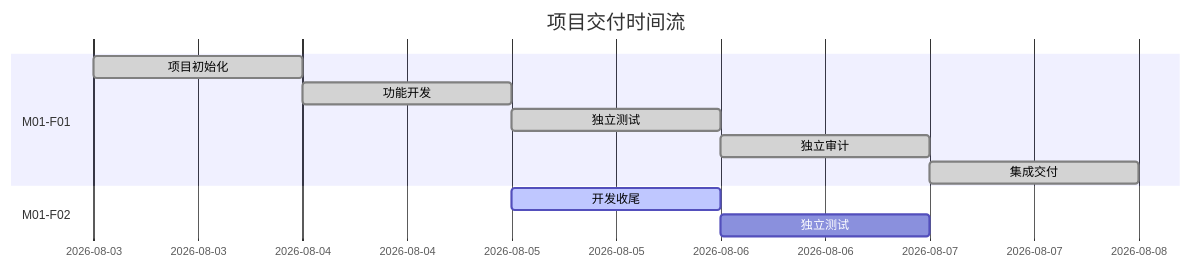
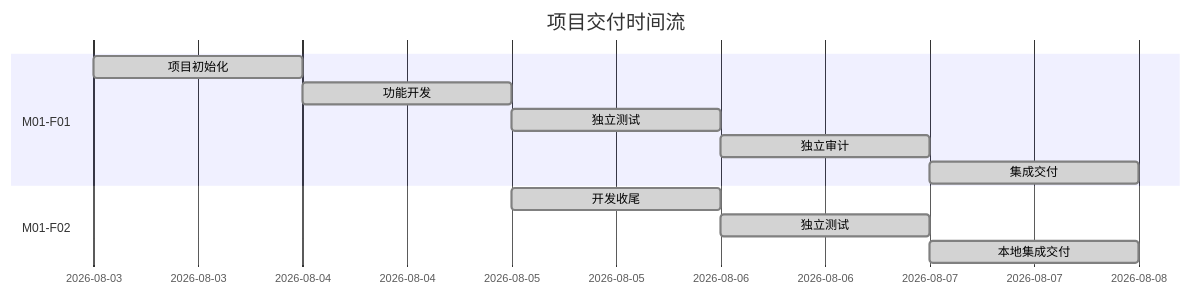
One commit to 23Lm-star/Calculator-Plugin changed the diagram in docs/ai-workflow/项目时间流.md. Above: the diagram before and after it, drawn with Mermaid. The commit also changed other lines of this file and 6 other files, not shown here.

````diff
--- a/docs/ai-workflow/项目时间流.md
+++ b/docs/ai-workflow/项目时间流.md
@@ -3,14 +3,15 @@
 ```mermaid
 gantt
     title 项目交付时间流
     dateFormat  YYYY-MM-DD
     section M01-F01
     项目初始化 :done, init, 2026-08-03, 1d
     功能开发 :done, dev, after init, 1d
     独立测试 :done, test, after dev, 1d
     独立审计 :done, audit, after test, 1d
     集成交付 :done, delivery, after audit, 1d
     section M01-F02
-    开发收尾 :active, v11dev, 2026-08-05, 1d
-    独立测试 : v11test, after v11dev, 1d
+    开发收尾 :done, v11dev, 2026-08-05, 1d
+    独立测试 :done, v11test, after v11dev, 1d
+    本地集成交付 :done, v11integration, after v11test, 1d
 ```
````
